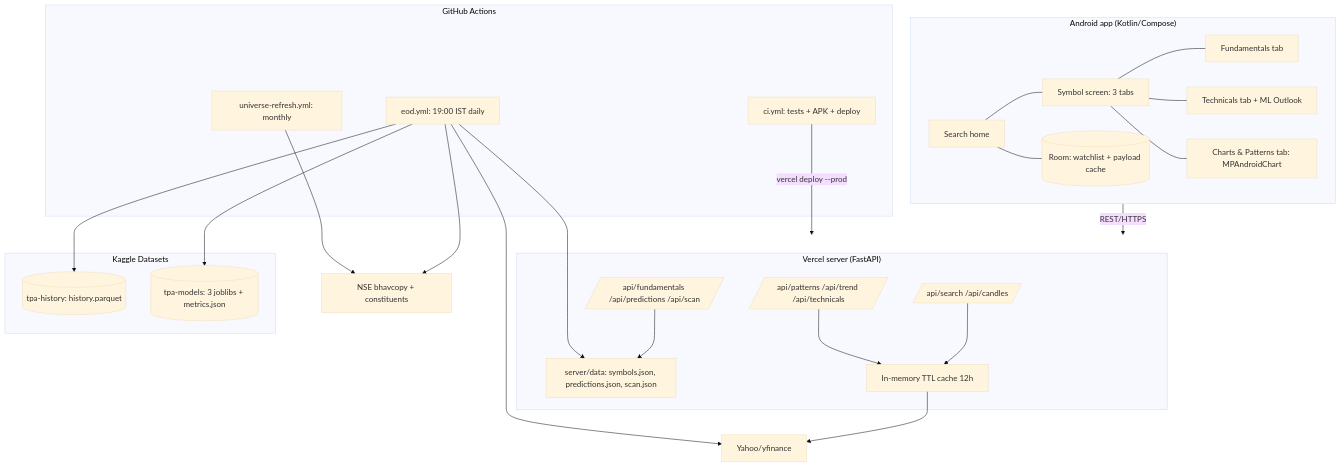
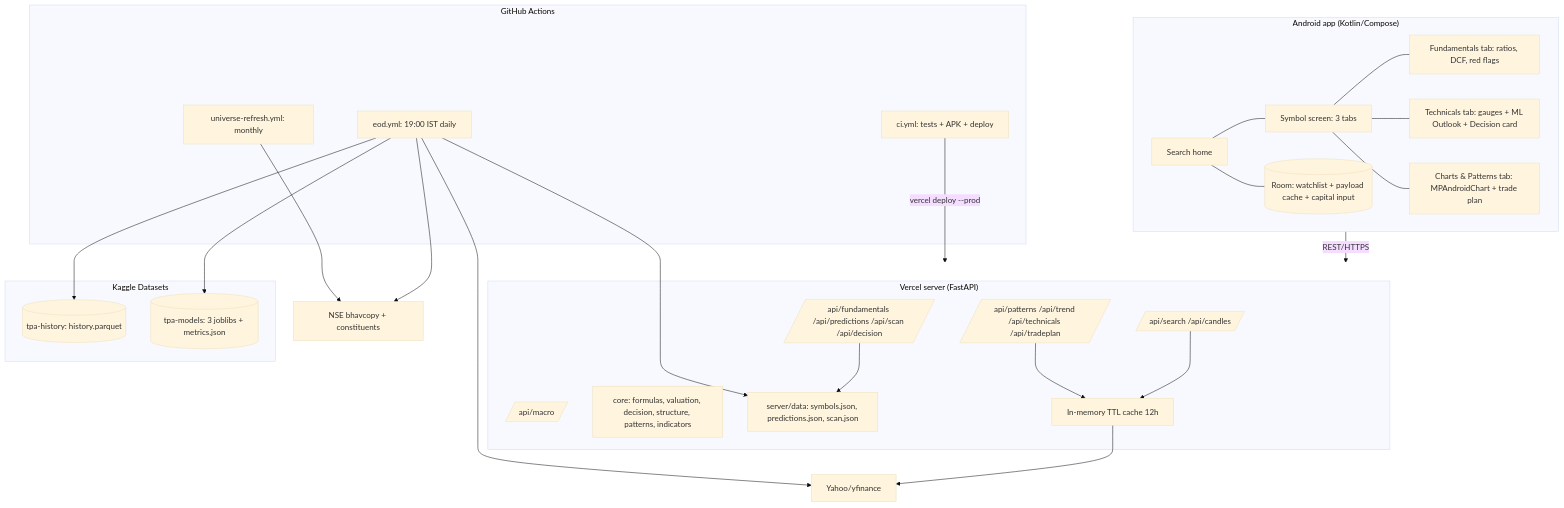
The first of 6 diagrams in design/plan.md (5r1n1dh1/TechnicalPatternAnalysis), drawn with Mermaid (base theme) before and after one commit. The commit also changed other lines of this file and 2 other files, not shown here.

Commit message:
Integrate curated book: decision engine, valuation+DCF, trade plans, structure rules, book-spec distillation

````diff
--- a/design/plan.md
+++ b/design/plan.md
@@ -172,41 +190,43 @@
 ```mermaid
 flowchart TB
     subgraph APP["Android app (Kotlin/Compose)"]
         UI1[Search home] --- UI2[Symbol screen: 3 tabs]
-        UI2 --- UI3[Fundamentals tab]
-        UI2 --- UI4[Technicals tab + ML Outlook]
-        UI2 --- UI5[Charts & Patterns tab: MPAndroidChart]
-        DB[(Room: watchlist + payload cache)]
+        UI2 --- UI3[Fundamentals tab: ratios, DCF, red flags]
+        UI2 --- UI4[Technicals tab: gauges + ML Outlook + Decision card]
+        UI2 --- UI5[Charts & Patterns tab: MPAndroidChart + trade plan]
+        DB[(Room: watchlist + payload cache + capital input)]
         UI1 --- DB
     end
     subgraph SERVER["Vercel server (FastAPI)"]
-        API1[/api/search /api/candles/] 
-        API2[/api/patterns /api/trend /api/technicals/]
-        API3[/api/fundamentals /api/predictions /api/scan/]
+        API1[/api/search /api/candles/]
+        API2[/api/patterns /api/trend /api/technicals /api/tradeplan/]
+        API3[/api/fundamentals /api/predictions /api/scan /api/decision/]
+        API4[/api/macro/]
+        CORE[core: formulas, valuation, decision, structure, patterns, indicators]
         BAK[server/data: symbols.json, predictions.json, scan.json]
         CACHE[In-memory TTL cache 12h]
     end
     subgraph CIW["GitHub Actions"]
         EOD[eod.yml: 19:00 IST daily]
         CICD[ci.yml: tests + APK + deploy]
         UNI[universe-refresh.yml: monthly]
     end
     subgraph KAG["Kaggle Datasets"]
         H[(tpa-history: history.parquet)]
         M[(tpa-models: 3 joblibs + metrics.json)]
     end
     YAH[Yahoo/yfinance]
     NSE[NSE bhavcopy + constituents]
 
     APP -->|REST/HTTPS| SERVER
     API1 --> CACHE --> YAH
     API3 --> BAK
     API2 --> CACHE
     EOD --> NSE
     EOD --> YAH
     EOD --> H
     EOD --> M
     EOD --> BAK
     CICD -->|vercel deploy --prod| SERVER
     UNI --> NSE
 ```
````
